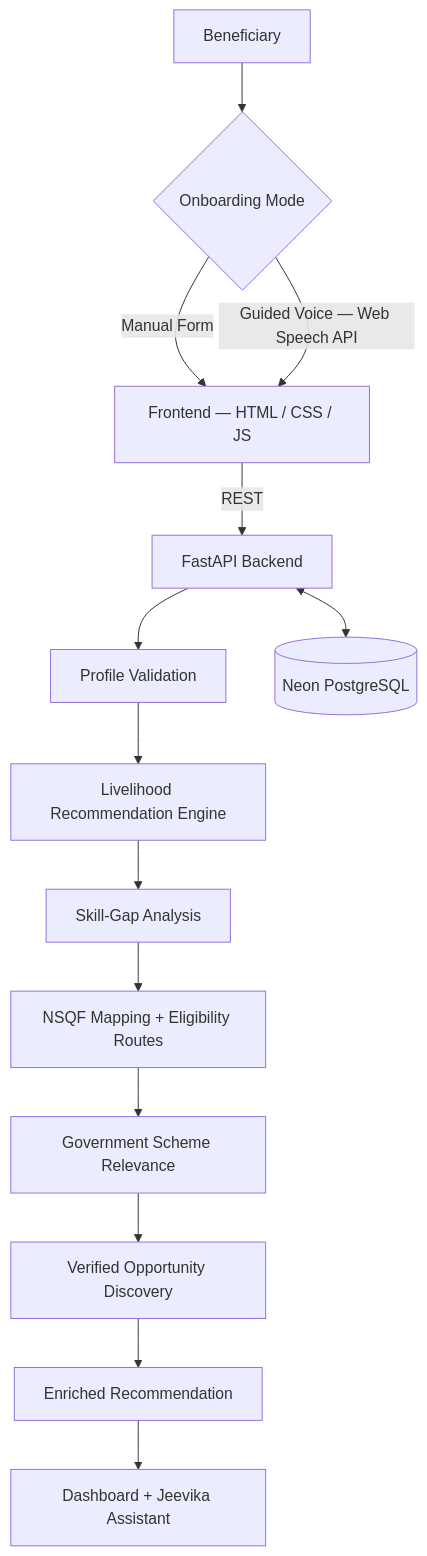
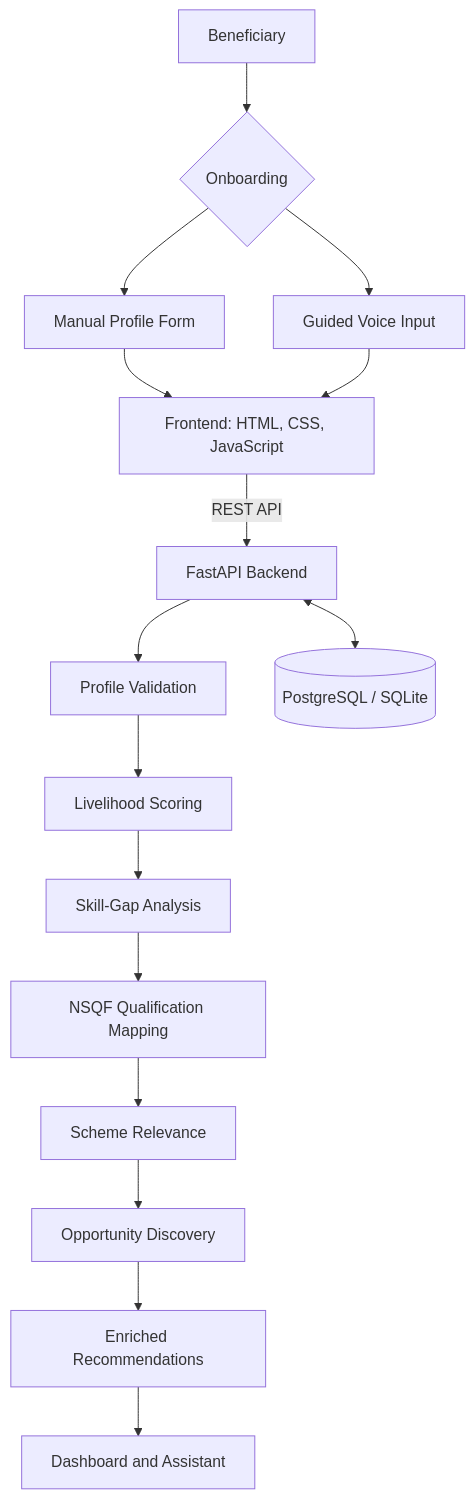
One commit to Adarsha-o-O/jeevika-ai changed the diagram in README.md. Above: the diagram before and after it, drawn with Mermaid. The commit also changed other lines of this file, not shown here.

Commit message:
docs: refresh Jeevika AI README

````diff
--- a/README.md
+++ b/README.md
@@ -249,16 +333,18 @@
 ```mermaid
 flowchart TD
-    A[Beneficiary] --> B{Onboarding Mode}
-    B -->|Manual Form| C[Frontend — HTML / CSS / JS]
-    B -->|Guided Voice — Web Speech API| C
-    C -->|REST| D[FastAPI Backend]
-    D --> E[Profile Validation]
-    E --> F[Livelihood Recommendation Engine]
-    F --> G[Skill-Gap Analysis]
-    G --> H[NSQF Mapping + Eligibility Routes]
-    H --> I[Government Scheme Relevance]
-    I --> J[Verified Opportunity Discovery]
-    J --> K[Enriched Recommendation]
-    K --> L[Dashboard + Jeevika Assistant]
-    D <--> M[(Neon PostgreSQL)]
+    A[Beneficiary] --> B{Onboarding}
+    B --> C[Manual Profile Form]
+    B --> D[Guided Voice Input]
+    C --> E[Frontend: HTML, CSS, JavaScript]
+    D --> E
+    E -->|REST API| F[FastAPI Backend]
+    F --> G[Profile Validation]
+    G --> H[Livelihood Scoring]
+    H --> I[Skill-Gap Analysis]
+    I --> J[NSQF Qualification Mapping]
+    J --> K[Scheme Relevance]
+    K --> L[Opportunity Discovery]
+    L --> M[Enriched Recommendations]
+    M --> N[Dashboard and Assistant]
+    F <--> O[(PostgreSQL / SQLite)]
 ```
````
